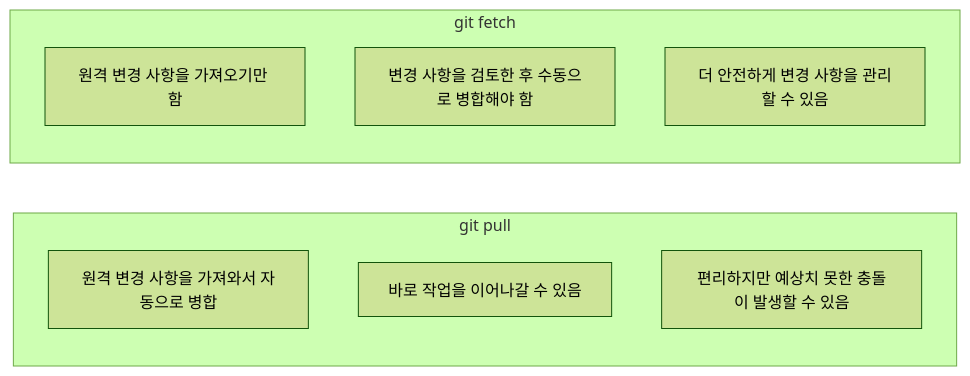
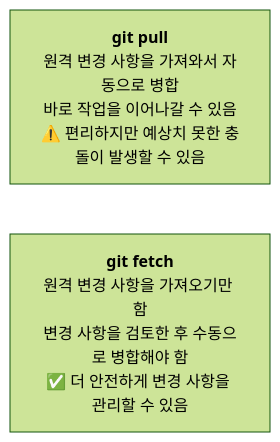
Before and after one commit to jingu279/Document: the second of 2 diagrams in 05_Remote_Repositories/02_Push_Pull_Fetch.md, drawn with Mermaid (forest theme). The commit also changed 16 other files, not shown here.

Commit message:
Fix all Mermaid rendering issues (subgraph-to-subgraph, unconnected nodes, reserved names, dashes)

````diff
--- a/05_Remote_Repositories/02_Push_Pull_Fetch.md
+++ b/05_Remote_Repositories/02_Push_Pull_Fetch.md
@@ -102,15 +102,5 @@
 ```mermaid
 flowchart LR
-  subgraph Pull[git pull]
-    direction TB
-      P1["원격 변경 사항을 가져와서 자동으로 병합"]
-      P2["바로 작업을 이어나갈 수 있음"]
-      P3["편리하지만 예상치 못한 충돌이 발생할 수 있음"]
-  end
-  subgraph Fetch[git fetch]
-    direction TB
-      F1["원격 변경 사항을 가져오기만 함"]
-      F2["변경 사항을 검토한 후 수동으로 병합해야 함"]
-      F3["더 안전하게 변경 사항을 관리할 수 있음"]
-  end
+  Pull["<b>git pull</b><br/>원격 변경 사항을 가져와서 자동으로 병합<br/>바로 작업을 이어나갈 수 있음<br/>⚠️ 편리하지만 예상치 못한 충돌이 발생할 수 있음"]
+  Fetch["<b>git fetch</b><br/>원격 변경 사항을 가져오기만 함<br/>변경 사항을 검토한 후 수동으로 병합해야 함<br/>✅ 더 안전하게 변경 사항을 관리할 수 있음"]
 ```
````
